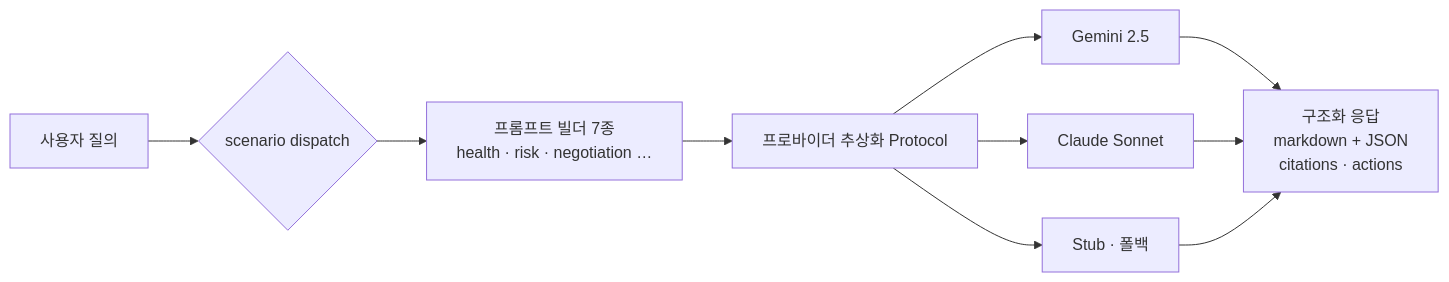
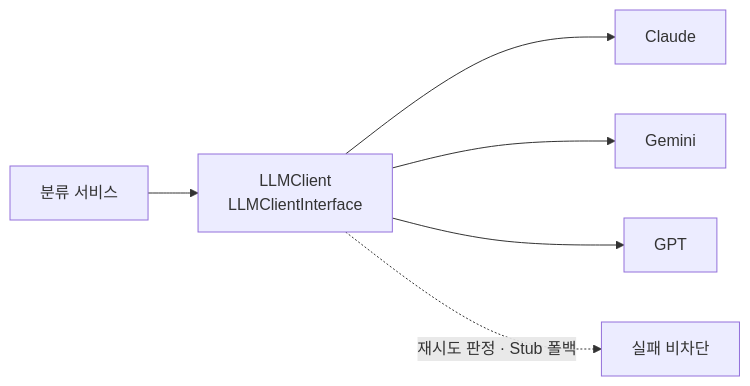
Before and after one commit to jiyean99/jiyean99: the diagram in docs/writing/plyn-llm-provider-abstraction.md, drawn with Mermaid. The commit also changed other lines of this file and 3 other files, not shown here.

````diff
--- a/docs/writing/plyn-llm-provider-abstraction.md
+++ b/docs/writing/plyn-llm-provider-abstraction.md
@@ -19,15 +30,8 @@
 ```mermaid
 flowchart LR
-  Q["사용자 질의"] --> S{"scenario dispatch"}
-  S --> B["프롬프트 빌더 7종
-health · risk · negotiation …"]
-  B --> P["프로바이더 추상화 Protocol"]
-  P --> G["Gemini 2.5"]
-  P --> C["Claude Sonnet"]
-  P --> ST["Stub · 폴백"]
-  G --> R["구조화 응답
-markdown + JSON
-citations · actions"]
-  C --> R
-  ST --> R
+  D["분류 서비스"] --> C["LLMClient<br/>LLMClientInterface"]
+  C --> CL["Claude"]
+  C --> GM["Gemini"]
+  C --> GP["GPT"]
+  C -.->|"재시도 판정 · Stub 폴백"| F["실패 비차단"]
 ```
````
